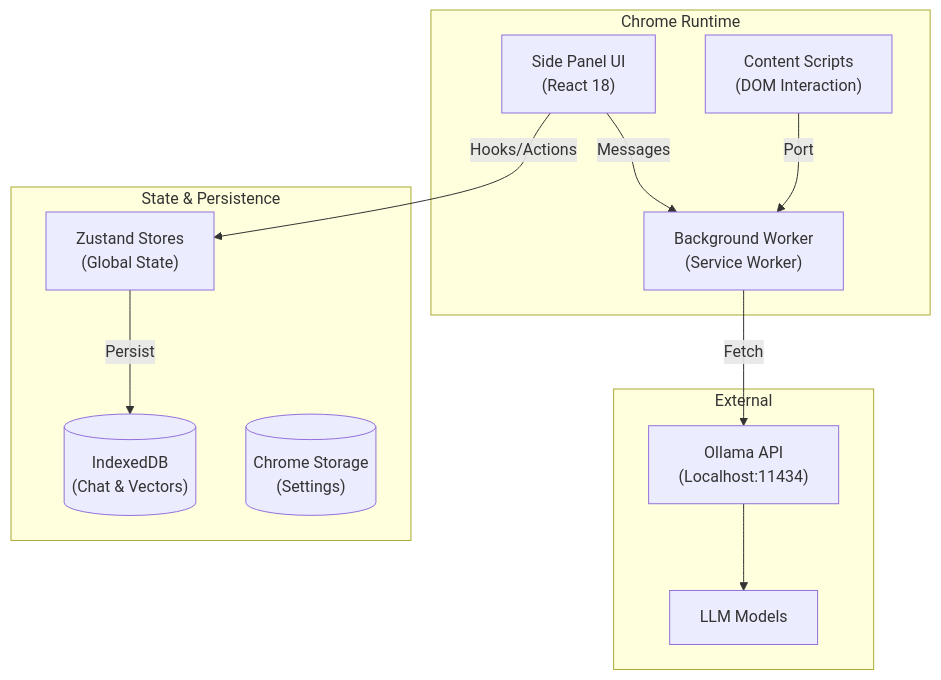
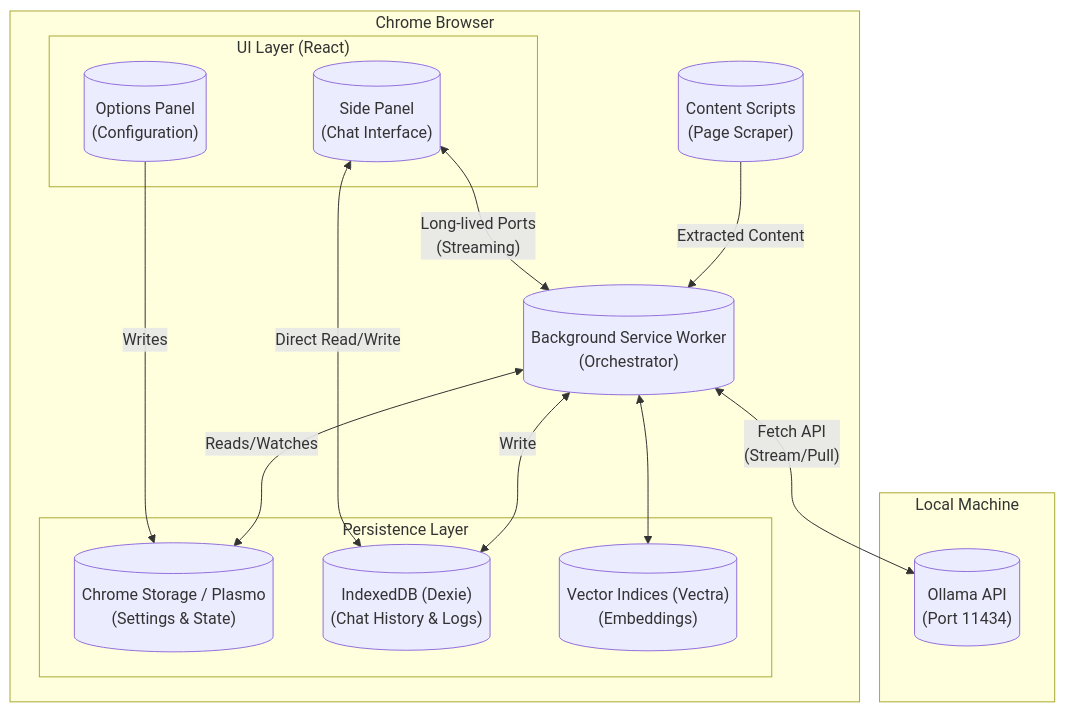
Before and after one commit to Shishir435/ollama-client: the first of 3 diagrams in ARCHITECTURE.md, drawn with Mermaid. The commit also changed other lines of this file and 2 other files, not shown here.

Commit message:
docs: Revamp architecture documentation with new system overview, component hierarchy, and data flow diagrams.

````diff
--- a/ARCHITECTURE.md
+++ b/ARCHITECTURE.md
@@ -14,26 +13,46 @@
 ```mermaid
-graph TB
-    subgraph ChromeRuntime [Chrome Runtime]
-        UI["Side Panel UI<br/>(React 18)"]
-        BG["Background Worker<br/>(Service Worker)"]
-        CS["Content Scripts<br/>(DOM Interaction)"]
+graph TD
+    subgraph Browser["Chrome Browser"]
+        subgraph UI_Layer["UI Layer (React)"]
+            SidePanel[("Side Panel
+            (Chat Interface)")]
+            OptionsUI[("Options Panel
+            (Configuration)")]
+        end
+        
+        BG[("Background Service Worker
+        (Orchestrator)")]
+        
+        CS[("Content Scripts
+        (Page Scraper)")]
+        
+        subgraph Persistence["Persistence Layer"]
+            Storage[("Chrome Storage / Plasmo
+            (Settings & State)")]
+            IndexedDB[("IndexedDB (Dexie)
+            (Chat History & Logs)")]
+            VectorDB[("Vector Indices (Vectra)
+            (Embeddings)")]
+        end
     end
 
-    subgraph StatePersistence [State & Persistence]
-        Zustand["Zustand Stores<br/>(Global State)"]
-        Dexie[("IndexedDB<br/>(Chat & Vectors)")]
-        LocalStorage[("Chrome Storage<br/>(Settings)")]
+    subgraph LocalHost["Local Machine"]
+        Ollama[("Ollama API
+        (Port 11434)")]
     end
 
-    subgraph External [External]
-        Ollama["Ollama API<br/>(Localhost:11434)"]
-        LLM["LLM Models"]
-    end
-
-    UI -->|Hooks/Actions| Zustand
-    Zustand -->|Persist| Dexie
-    UI -->|Messages| BG
-    BG -->|Fetch| Ollama
-    Ollama --> LLM
-    CS -->|Port| BG
+    %% Communications
+    SidePanel <-->|"Long-lived Ports
+    (Streaming)"| BG
+    OptionsUI -->|"Writes"| Storage
+    BG <-->|"Reads/Watches"| Storage
+    
+    BG <-->|"Fetch API
+    (Stream/Pull)"| Ollama
+    
+    SidePanel <-->|"Direct Read/Write"| IndexedDB
+    BG <-->|"Write"| IndexedDB
+    
+    BG <--> VectorDB
+    CS -->|"Extracted Content"| BG
 ```
````
